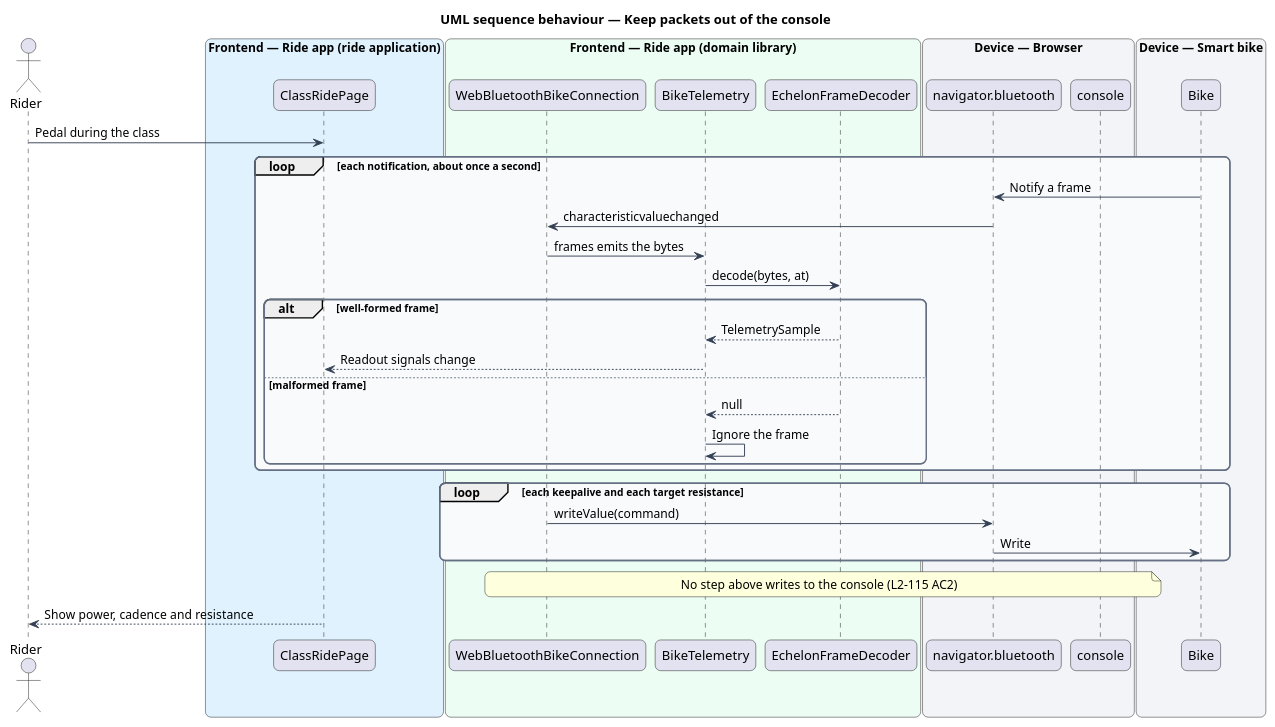
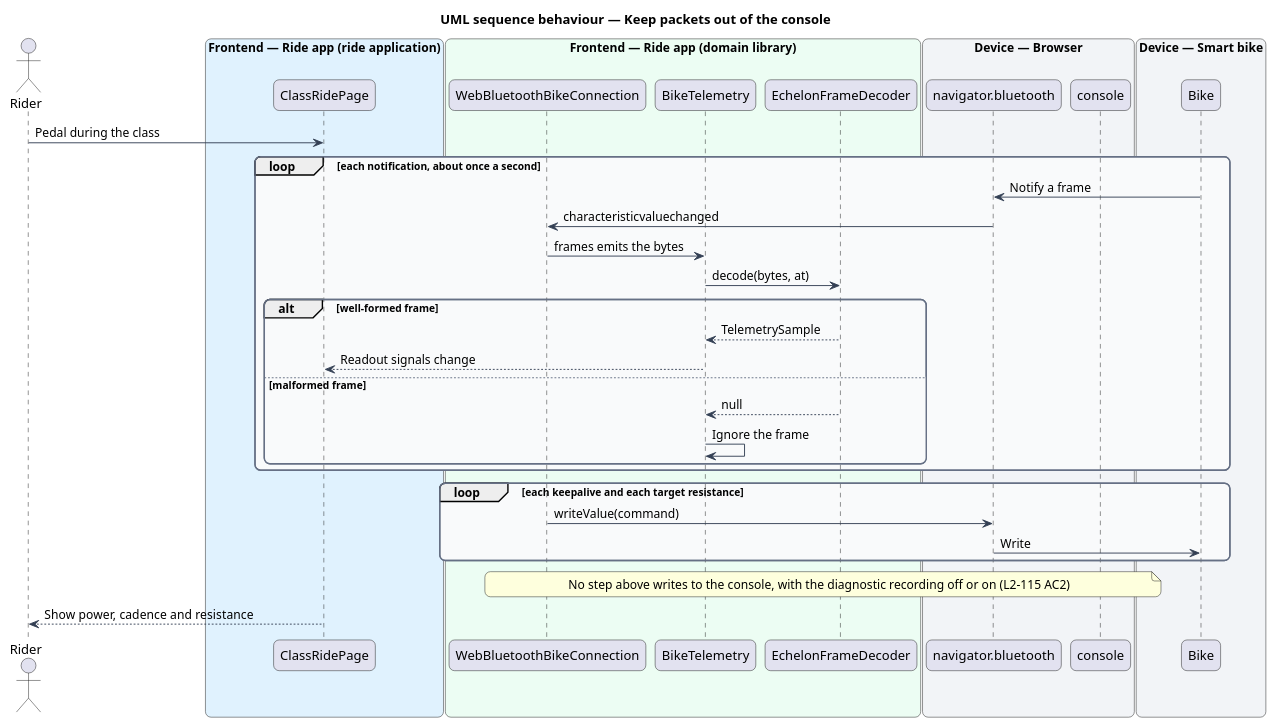
Before and after one commit to QuinntyneBrown/ride-one: the diagram in docs/detailed-designs/security/log-to-the-console-only/diagrams/sequence-keep-packets-out-of-the-console.puml, drawn with PlantUML. The commit also changed 45 other files, not shown here.

First line of the commit message:
Design the diagnostic recording and bring ten designs in line (L2-178)

```diff
--- a/docs/detailed-designs/security/log-to-the-console-only/diagrams/sequence-keep-packets-out-of-the-console.puml
+++ b/docs/detailed-designs/security/log-to-the-console-only/diagrams/sequence-keep-packets-out-of-the-console.puml
@@ -1,53 +1,53 @@
 @startuml
 title UML sequence behaviour — Keep packets out of the console
 skinparam backgroundColor #FFFFFF
 skinparam shadowing false
 skinparam roundcorner 12
 skinparam defaultFontName Arial
 skinparam ArrowColor #344054
 skinparam rectangle {
   BorderColor #344054
   FontColor #101828
 }
 skinparam package {
   BorderColor #667085
   FontColor #101828
   BackgroundColor #F9FAFB
 }
 actor "Rider" as rider
 box "Frontend — Ride app (ride application)" #E0F2FE
   participant "ClassRidePage" as page
 end box
 box "Frontend — Ride app (domain library)" #ECFDF3
   participant "WebBluetoothBikeConnection" as conn
   participant "BikeTelemetry" as telemetry
   participant "EchelonFrameDecoder" as decoder
 end box
 box "Device — Browser" #F2F4F7
   participant "navigator.bluetooth" as ble
   participant "console" as console
 end box
 box "Device — Smart bike" #F2F4F7
   participant "Bike" as bike
 end box
 rider -> page : Pedal during the class
 loop each notification, about once a second
   bike -> ble : Notify a frame
   ble -> conn : characteristicvaluechanged
   conn -> telemetry : frames emits the bytes
   telemetry -> decoder : decode(bytes, at)
   alt well-formed frame
     decoder --> telemetry : TelemetrySample
     telemetry --> page : Readout signals change
   else malformed frame
     decoder --> telemetry : null
     telemetry -> telemetry : Ignore the frame
   end
 end
 loop each keepalive and each target resistance
   conn -> ble : writeValue(command)
   ble -> bike : Write
 end
-note over conn, console : No step above writes to the console (L2-115 AC2)
+note over conn, console : No step above writes to the console, with the diagnostic recording off or on (L2-115 AC2)
 page --> rider : Show power, cadence and resistance
 @enduml
```
